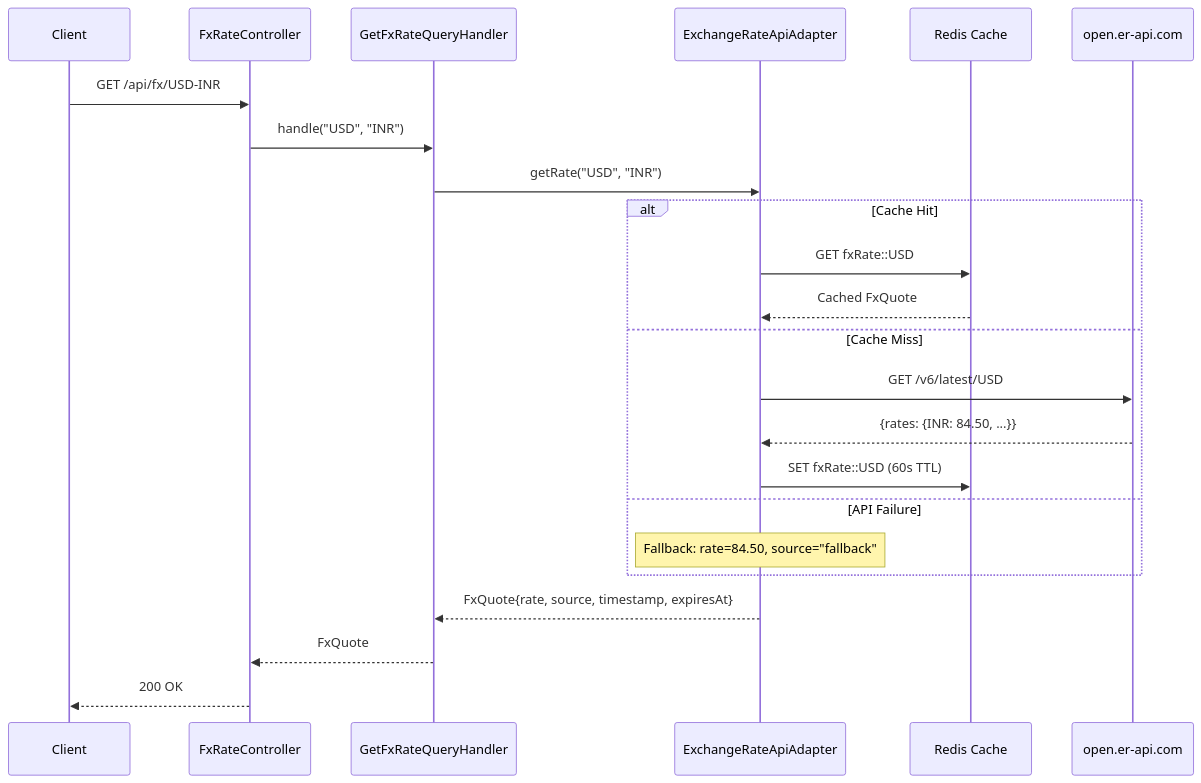
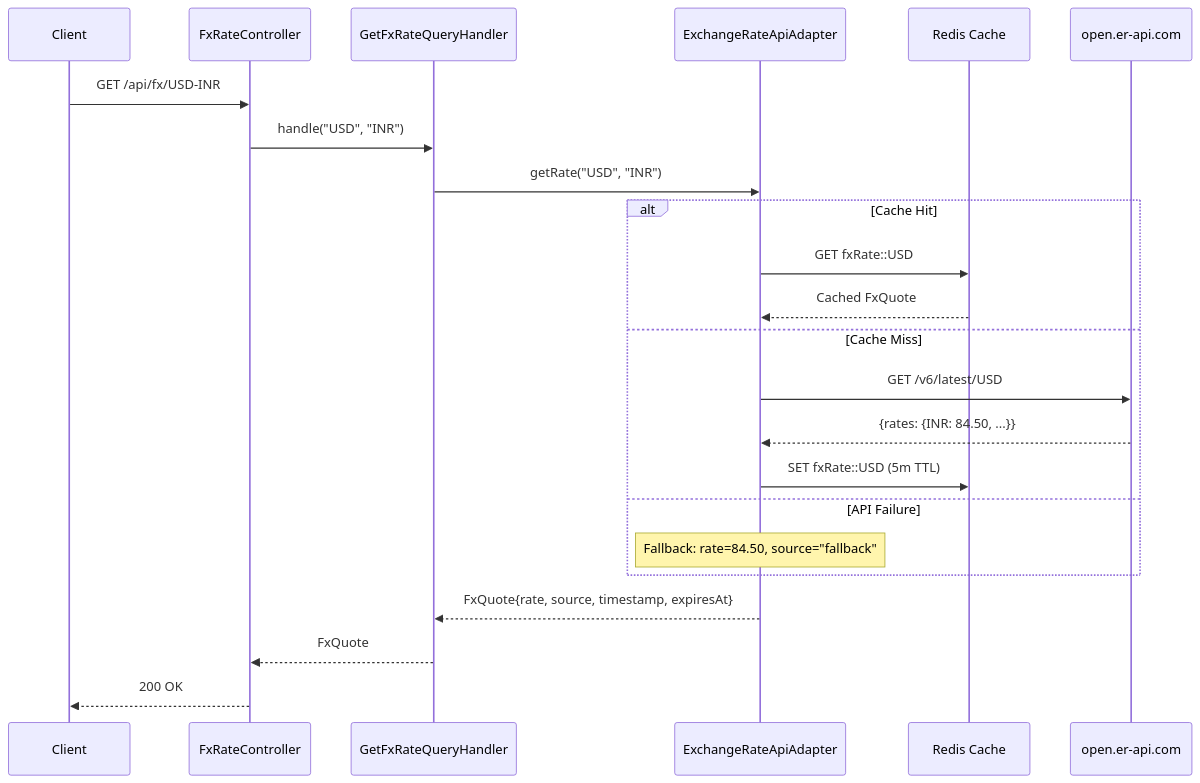
The fifth of 11 diagrams in README.md (Puneethkumarck/stablepay-hackathon), drawn with Mermaid before and after one commit. The commit also changed other lines of this file and 2 other files, not shown here.

````diff
--- a/README.md
+++ b/README.md
@@ -334,28 +373,28 @@
 ```mermaid
 sequenceDiagram
     participant Client
     participant Controller as FxRateController
     participant Handler as GetFxRateQueryHandler
     participant Adapter as ExchangeRateApiAdapter
     participant Redis as Redis Cache
     participant API as open.er-api.com
 
     Client->>Controller: GET /api/fx/USD-INR
     Controller->>Handler: handle("USD", "INR")
     Handler->>Adapter: getRate("USD", "INR")
 
     alt Cache Hit
         Adapter->>Redis: GET fxRate::USD
         Redis-->>Adapter: Cached FxQuote
     else Cache Miss
         Adapter->>API: GET /v6/latest/USD
         API-->>Adapter: {rates: {INR: 84.50, ...}}
-        Adapter->>Redis: SET fxRate::USD (60s TTL)
+        Adapter->>Redis: SET fxRate::USD (5m TTL)
     else API Failure
         Note over Adapter: Fallback: rate=84.50, source="fallback"
     end
 
     Adapter-->>Handler: FxQuote{rate, source, timestamp, expiresAt}
     Handler-->>Controller: FxQuote
     Controller-->>Client: 200 OK
 ```
````
